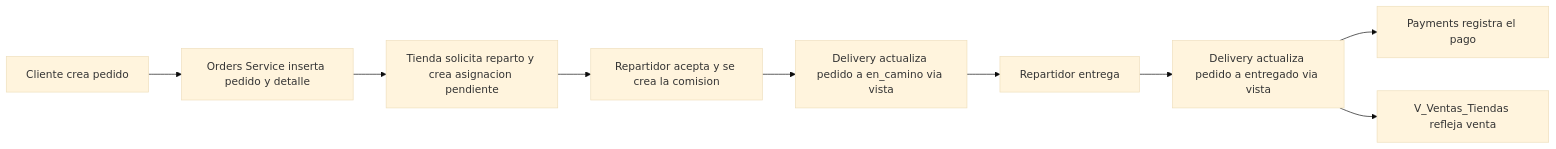
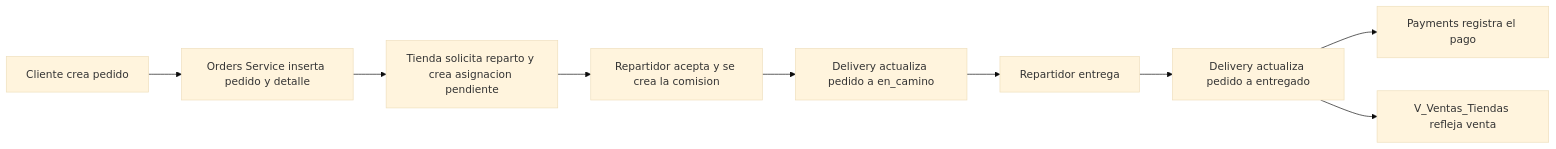
The diagram in docs/DOCUMENTACION_SERVICIOS.md (os-devsec/GoHenry), drawn with Mermaid (base theme) before and after one commit. The commit also changed other lines of this file and 7460 other files, not shown here.

````diff
--- a/docs/DOCUMENTACION_SERVICIOS.md
+++ b/docs/DOCUMENTACION_SERVICIOS.md
@@ -455,11 +486,11 @@
 ```mermaid
 flowchart LR
     A["Cliente crea pedido"] --> B["Orders Service inserta pedido y detalle"]
     B --> C["Tienda solicita reparto y crea asignacion pendiente"]
     C --> D["Repartidor acepta y se crea la comision"]
-    D --> E["Delivery actualiza pedido a en_camino via vista"]
+    D --> E["Delivery actualiza pedido a en_camino"]
     E --> F["Repartidor entrega"]
-    F --> G["Delivery actualiza pedido a entregado via vista"]
+    F --> G["Delivery actualiza pedido a entregado"]
     G --> H["Payments registra el pago"]
     G --> I["V_Ventas_Tiendas refleja venta"]
 ```
````
